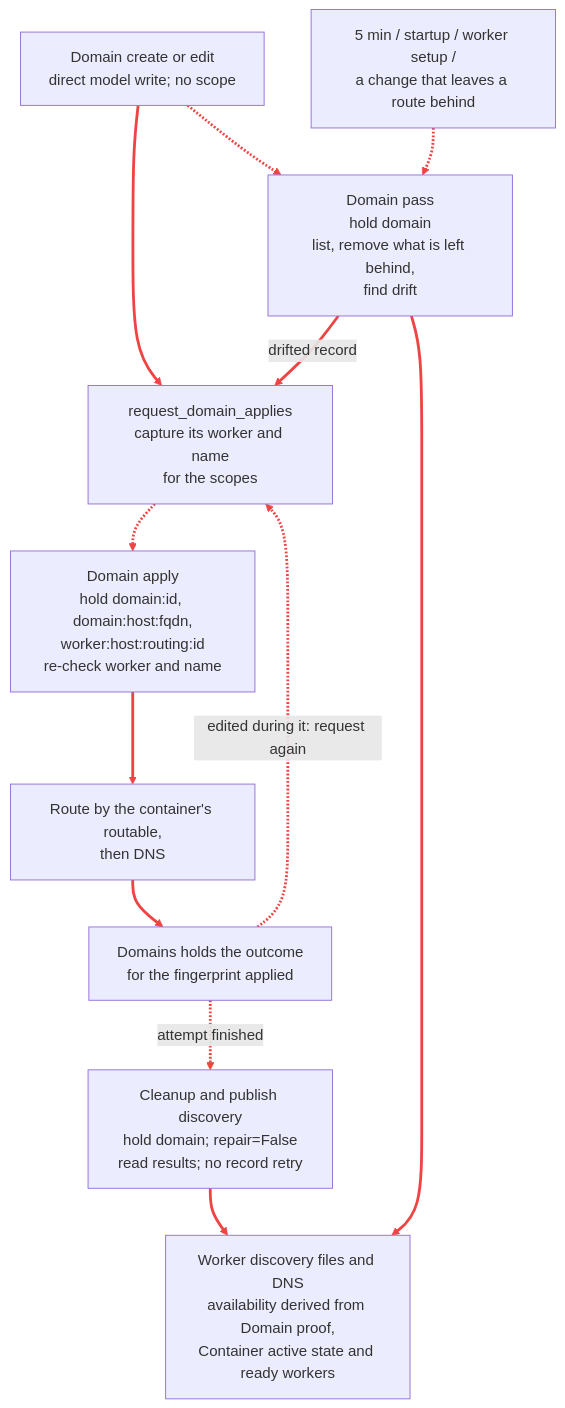
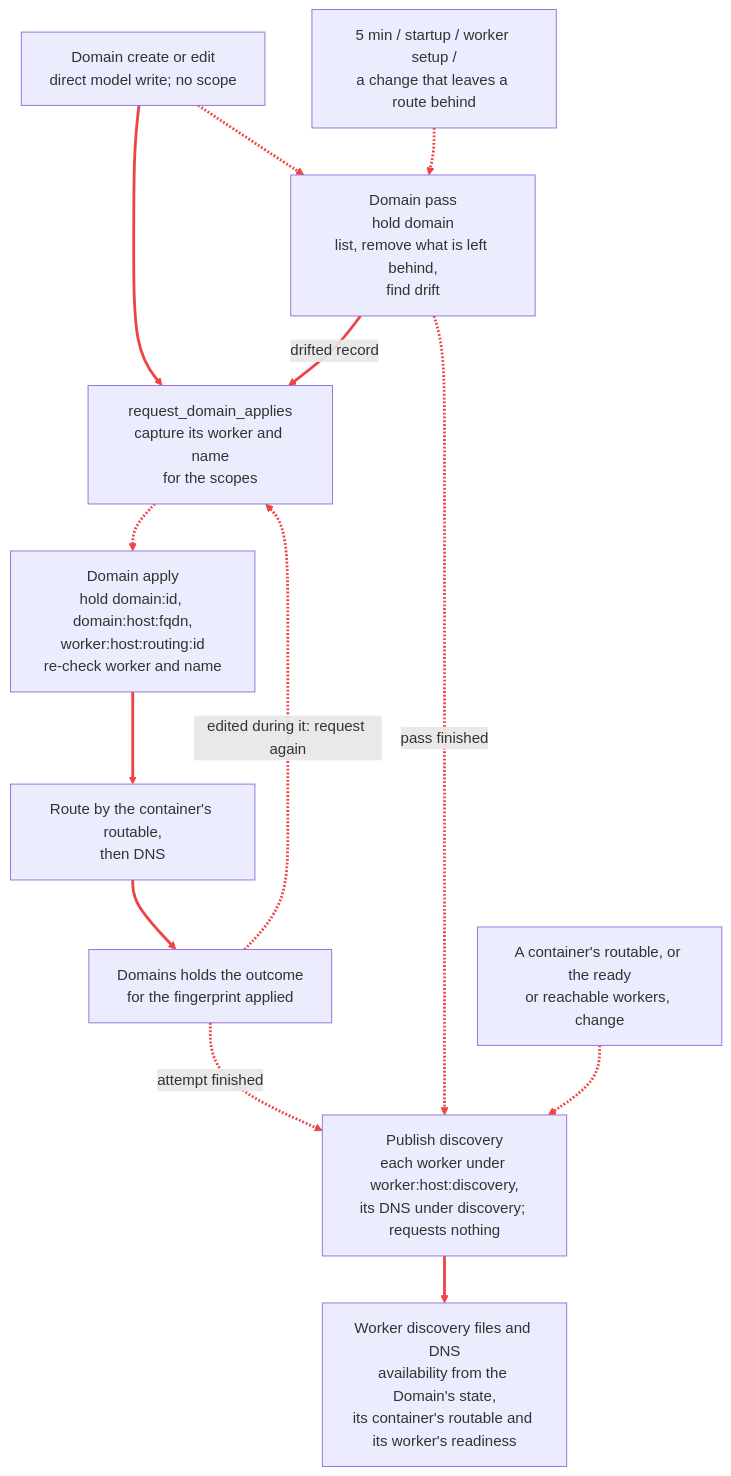
One commit to v31-dev/sage changed the second of 4 diagrams in docs/operations.md. Above: the diagram before and after it, drawn with Mermaid. The commit also changed other lines of this file and 18 other files, not shown here.

````diff
--- a/docs/operations.md
+++ b/docs/operations.md
@@ -222,25 +223,27 @@
 ```mermaid
 %%{init: {"themeVariables": {"lineColor": "#ef4444"}, "themeCSS": ".marker { overflow: visible; } .arrowMarkerPath { stroke-width: 2px !important; } .edge-pattern-dotted { stroke-dasharray: 8 6 !important; }"}}%%
 flowchart TB
     edit["Domain create or edit<br/>direct model write; no scope"]
     trigger["5 min / startup / worker setup /<br/>a change that leaves a route behind"]
     request["request_domain_applies<br/>capture its worker and name<br/>for the scopes"]
     parent["Domain pass<br/>hold domain<br/>list, remove what is left behind,<br/>find drift"]
     child["Domain apply<br/>hold domain:id, domain:host:fqdn,<br/>worker:host:routing:id<br/>re-check worker and name"]
     apply["Route by the container's routable,<br/>then DNS"]
     result["Domains holds the outcome<br/>for the fingerprint applied"]
-    publish["Cleanup and publish discovery<br/>hold domain; repair=False<br/>read results; no record retry"]
-    output["Worker discovery files and DNS<br/>availability derived from Domain proof,<br/>Container active state and ready workers"]
+    facts["A container's routable, or the ready<br/>or reachable workers, change"]
+    publish["Publish discovery<br/>each worker under worker:host:discovery,<br/>its DNS under discovery; requests nothing"]
+    output["Worker discovery files and DNS<br/>availability from the Domain's state,<br/>its container's routable and its worker's readiness"]
 
     edit --> request
     edit -.-> parent
     trigger -.-> parent
     parent -->|"drifted record"| request
     request -.-> child
     child --> apply --> result
     result -.->|"edited during it: request again"| request
     result -.->|"attempt finished"| publish
-    parent --> output
+    parent -.->|"pass finished"| publish
+    facts -.-> publish
     publish --> output
     linkStyle default stroke:#ef4444,stroke-width:3px
 ```
````
